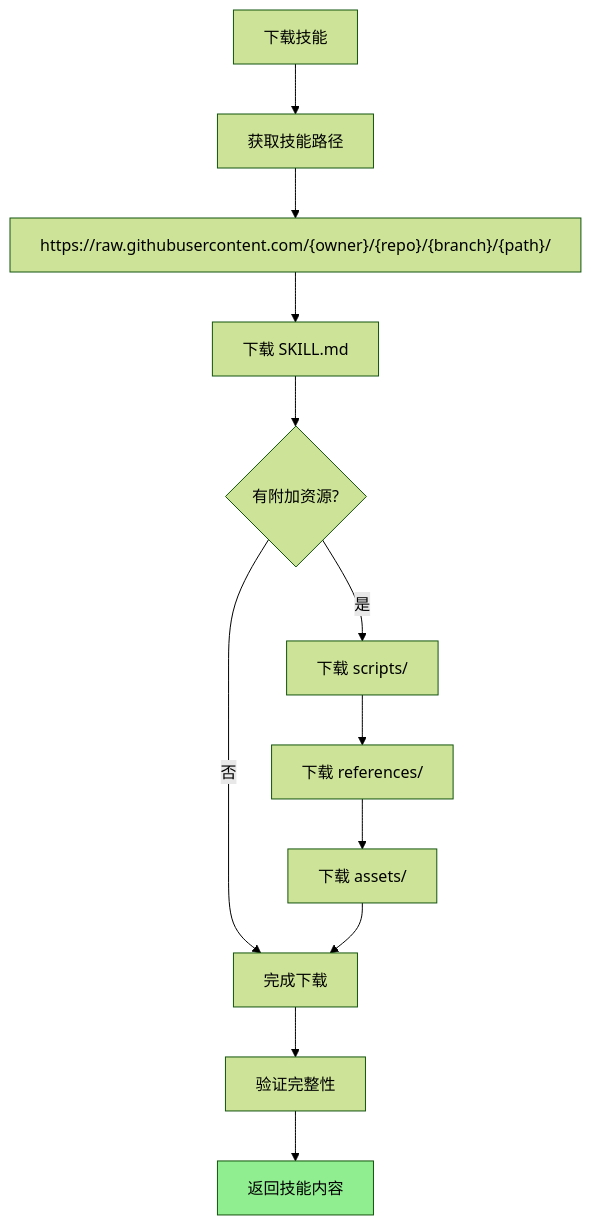
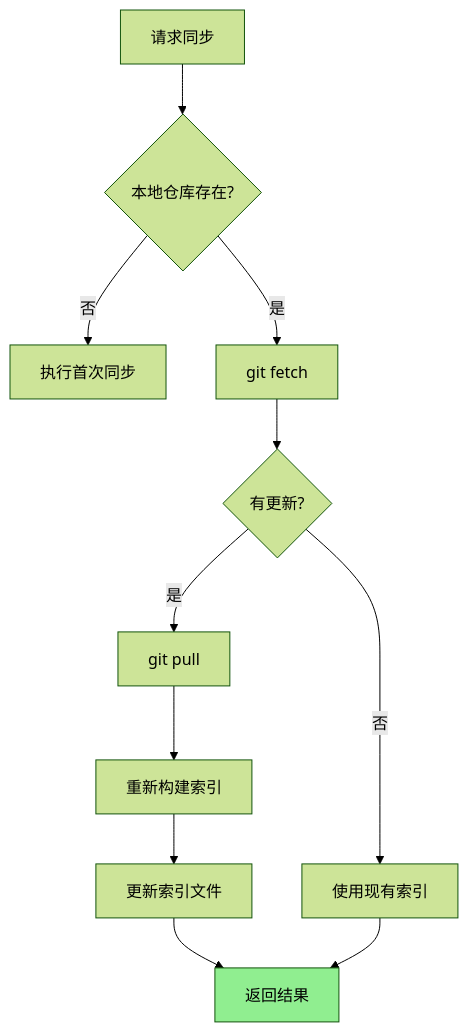
Before and after one commit to shetengteng/skillix-mcp: diagram 18 of 32 in docs/02-设计/20260114-10-sx-market设计.md, drawn with Mermaid (forest theme). The commit also changed other lines of this file and 2 other files, not shown here.

````diff
--- a/docs/02-设计/20260114-10-sx-market设计.md
+++ b/docs/02-设计/20260114-10-sx-market设计.md
@@ -569,19 +650,18 @@
 ```mermaid
 flowchart TD
-    A[下载技能] --> B[获取技能路径]
-    B --> C["https://raw.githubusercontent.com/{owner}/{repo}/{branch}/{path}/"]
+    A[请求同步] --> B{本地仓库存在?}
     
-    C --> D[下载 SKILL.md]
-    D --> E{有附加资源?}
+    B -->|否| C[执行首次同步]
+    B -->|是| D[git fetch]
     
-    E -->|是| F[下载 scripts/]
-    F --> G[下载 references/]
-    G --> H[下载 assets/]
-    E -->|否| I[完成下载]
+    D --> E{有更新?}
+    E -->|否| F[使用现有索引]
+    E -->|是| G[git pull]
     
-    H --> I
-    I --> J[验证完整性]
-    J --> K[返回技能内容]
+    G --> H[重新构建索引]
+    H --> I[更新索引文件]
+    I --> J[返回结果]
+    F --> J
     
-    style K fill:#90EE90
+    style J fill:#90EE90
 ```
````
